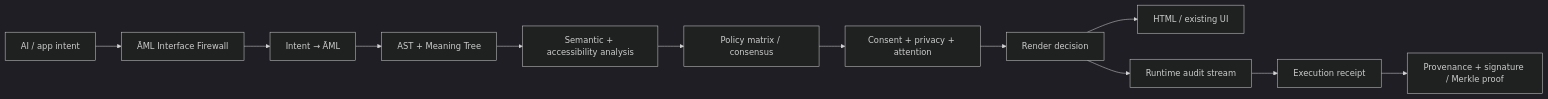
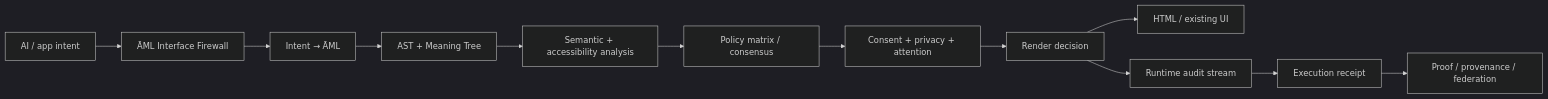
One commit to aruintelligence/aml-core changed the diagram in README.md. Above: the diagram before and after it, drawn with Mermaid (dark theme). The commit also changed other lines of this file, not shown here.

````diff
--- a/README.md
+++ b/README.md
@@ -182,14 +212,14 @@
 ```mermaid
 flowchart LR
     A[AI / app intent] --> B[ĀML Interface Firewall]
     B --> C[Intent → ĀML]
     C --> D[AST + Meaning Tree]
     D --> E[Semantic + accessibility analysis]
     E --> F[Policy matrix / consensus]
     F --> G[Consent + privacy + attention]
     G --> H[Render decision]
     H --> I[HTML / existing UI]
     H --> J[Runtime audit stream]
     J --> K[Execution receipt]
-    K --> L[Provenance + signature / Merkle proof]
+    K --> L[Proof / provenance / federation]
 ```
````
